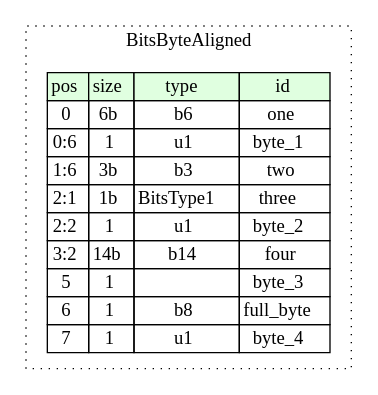
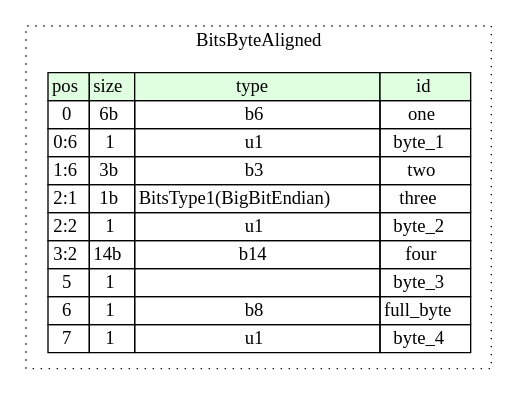
Before and after one commit to kaitai-io/ci_targets: the diagram in compiled/graphviz/bits_byte_aligned.dot, drawn with Graphviz. The commit also changed 86 other files, not shown here.

```diff
--- a/compiled/graphviz/bits_byte_aligned.dot
+++ b/compiled/graphviz/bits_byte_aligned.dot
@@ -1,21 +1,21 @@
 digraph {
 	rankdir=LR;
 	node [shape=plaintext];
 	subgraph cluster__bits_byte_aligned {
 		label="BitsByteAligned";
 		graph[style=dotted];
 
 		bits_byte_aligned__seq [label=<<TABLE BORDER="0" CELLBORDER="1" CELLSPACING="0">
 			<TR><TD BGCOLOR="#E0FFE0">pos</TD><TD BGCOLOR="#E0FFE0">size</TD><TD BGCOLOR="#E0FFE0">type</TD><TD BGCOLOR="#E0FFE0">id</TD></TR>
 			<TR><TD PORT="one_pos">0</TD><TD PORT="one_size">6b</TD><TD>b6</TD><TD PORT="one_type">one</TD></TR>
 			<TR><TD PORT="byte_1_pos">0:6</TD><TD PORT="byte_1_size">1</TD><TD>u1</TD><TD PORT="byte_1_type">byte_1</TD></TR>
 			<TR><TD PORT="two_pos">1:6</TD><TD PORT="two_size">3b</TD><TD>b3</TD><TD PORT="two_type">two</TD></TR>
-			<TR><TD PORT="three_pos">2:1</TD><TD PORT="three_size">1b</TD><TD>BitsType1</TD><TD PORT="three_type">three</TD></TR>
+			<TR><TD PORT="three_pos">2:1</TD><TD PORT="three_size">1b</TD><TD>BitsType1(BigBitEndian)</TD><TD PORT="three_type">three</TD></TR>
 			<TR><TD PORT="byte_2_pos">2:2</TD><TD PORT="byte_2_size">1</TD><TD>u1</TD><TD PORT="byte_2_type">byte_2</TD></TR>
 			<TR><TD PORT="four_pos">3:2</TD><TD PORT="four_size">14b</TD><TD>b14</TD><TD PORT="four_type">four</TD></TR>
 			<TR><TD PORT="byte_3_pos">5</TD><TD PORT="byte_3_size">1</TD><TD></TD><TD PORT="byte_3_type">byte_3</TD></TR>
 			<TR><TD PORT="full_byte_pos">6</TD><TD PORT="full_byte_size">1</TD><TD>b8</TD><TD PORT="full_byte_type">full_byte</TD></TR>
 			<TR><TD PORT="byte_4_pos">7</TD><TD PORT="byte_4_size">1</TD><TD>u1</TD><TD PORT="byte_4_type">byte_4</TD></TR>
 		</TABLE>>];
 	}
 }
```
